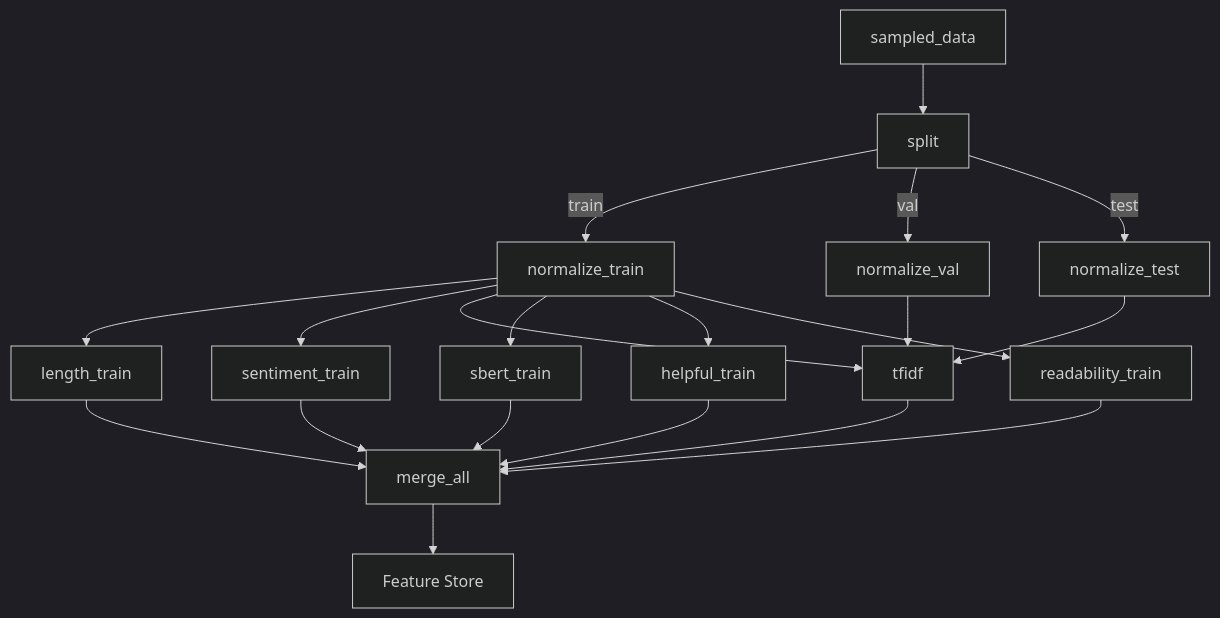
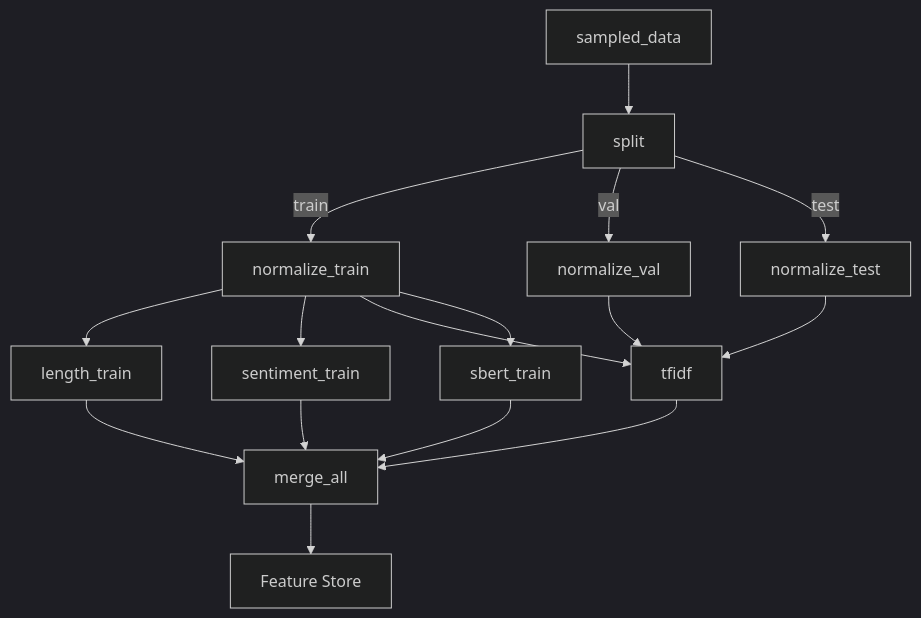
One commit to Rawand-udst/ClouldComputing_labs-Assignment1 changed the diagram in README.md. Above: the diagram before and after it, drawn with Mermaid (dark theme). The commit also changed other lines of this file, not shown here.

````diff
--- a/README.md
+++ b/README.md
@@ -643,22 +652,18 @@
 ```mermaid
 graph TD
     A[sampled_data] --> B[split]
     B -->|train| C[normalize_train]
     B -->|val| D[normalize_val]
     B -->|test| E[normalize_test]
     C --> F[length_train]
     C --> G[sentiment_train]
     C --> H[tfidf]
     D --> H
     E --> H
     C --> I[sbert_train]
-    C --> J[helpful_train]
-    C --> P[readability_train]
     F --> K[merge_all]
     G --> K
     H --> K
     I --> K
-    J --> K
-    P --> K
     K --> L[Feature Store]
 ```
````
